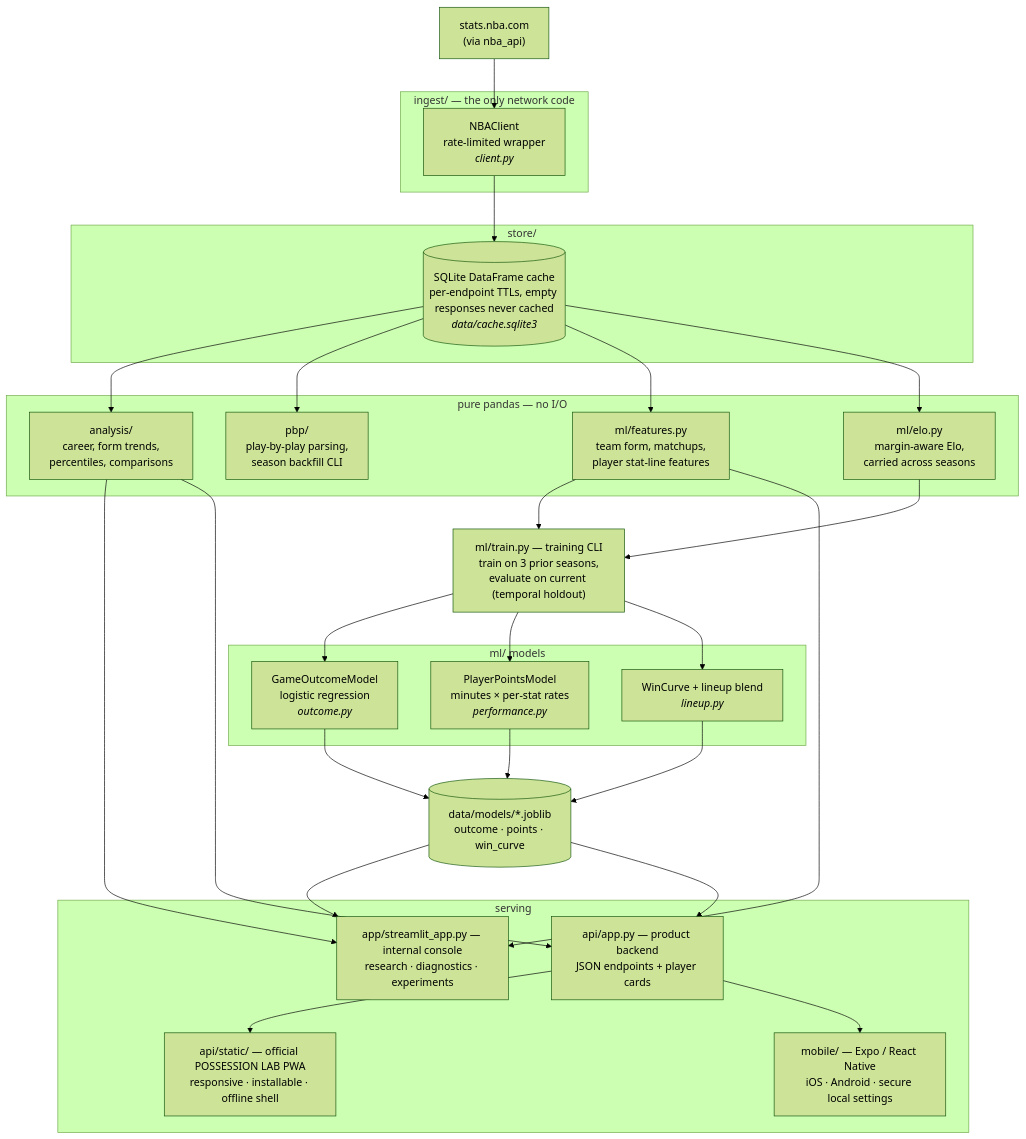
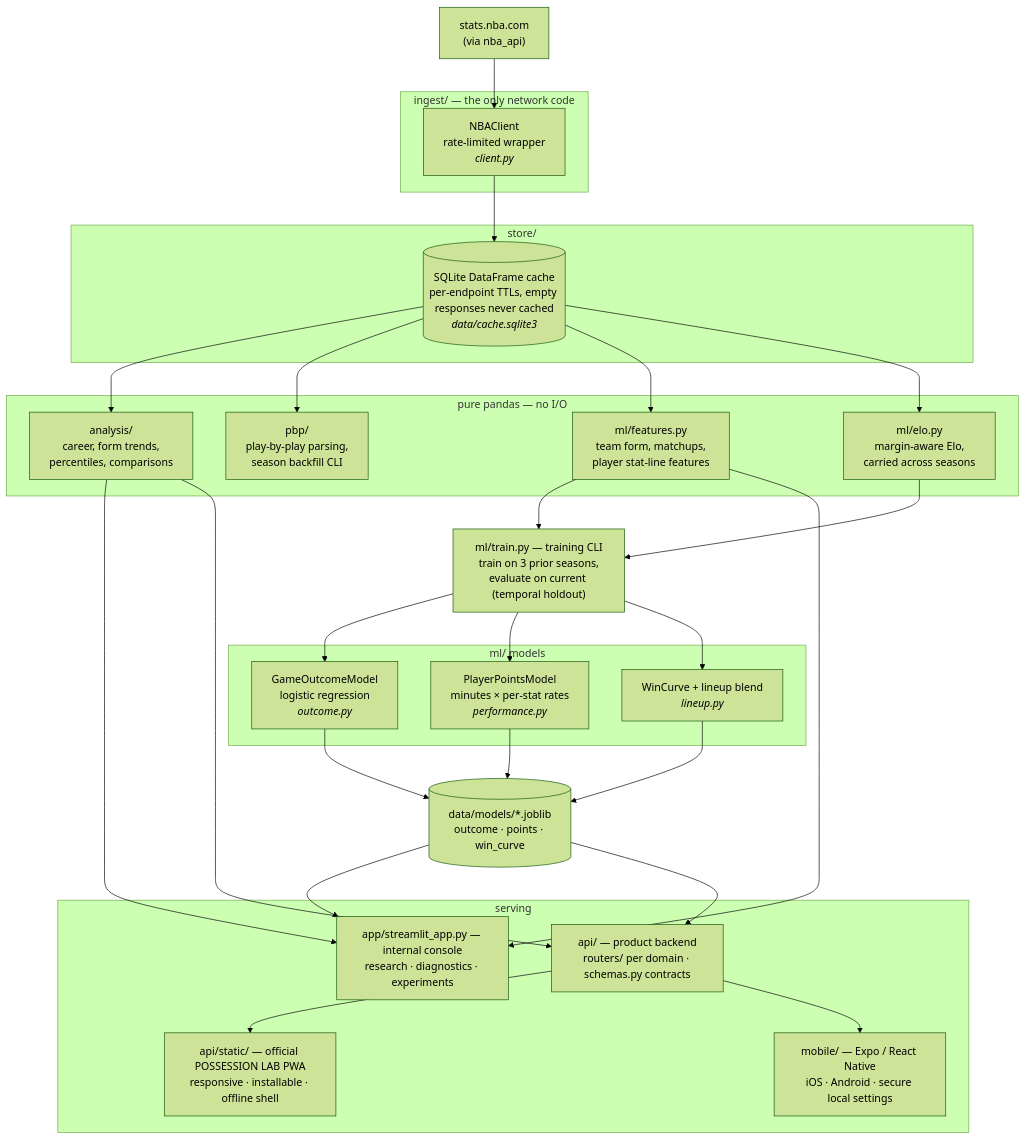
One commit to andrewyimingchen/Sports-Analytics changed the diagram in docs/ARCHITECTURE.md. Above: the diagram before and after it, drawn with Mermaid (forest theme). The commit also changed other lines of this file and 18 other files, not shown here.

First line of the commit message:
Split the FastAPI monolith into typed domain routers (#61)

````diff
--- a/docs/ARCHITECTURE.md
+++ b/docs/ARCHITECTURE.md
@@ -15,52 +15,52 @@
 ```mermaid
 flowchart TB
     NBA["stats.nba.com<br/>(via nba_api)"]
 
     subgraph INGEST["ingest/ — the only network code"]
         CLIENT["NBAClient<br/>rate-limited wrapper<br/><i>client.py</i>"]
     end
 
     subgraph STORE["store/"]
         CACHE[("SQLite DataFrame cache<br/>per-endpoint TTLs, empty responses never cached<br/><i>data/cache.sqlite3</i>")]
     end
 
     subgraph PURE["pure pandas — no I/O"]
         ANALYSIS["analysis/<br/>career, form trends,<br/>percentiles, comparisons"]
         PBP["pbp/<br/>play-by-play parsing,<br/>season backfill CLI"]
         FEATURES["ml/features.py<br/>team form, matchups,<br/>player stat-line features"]
         ELO["ml/elo.py<br/>margin-aware Elo,<br/>carried across seasons"]
     end
 
     subgraph MODELS["ml/ models"]
         OUTCOME["GameOutcomeModel<br/>logistic regression<br/><i>outcome.py</i>"]
         POINTS["PlayerPointsModel<br/>minutes × per-stat rates<br/><i>performance.py</i>"]
         LINEUP["WinCurve + lineup blend<br/><i>lineup.py</i>"]
     end
 
     TRAIN["ml/train.py — training CLI<br/>train on 3 prior seasons,<br/>evaluate on current (temporal holdout)"]
     ARTIFACTS[("data/models/*.joblib<br/>outcome · points · win_curve")]
 
     subgraph SERVE["serving"]
         STREAMLIT["app/streamlit_app.py — internal console<br/>research · diagnostics · experiments"]
-        API["api/app.py — product backend<br/>JSON endpoints + player cards"]
+        API["api/ — product backend<br/>routers/ per domain · schemas.py contracts"]
         PWA["api/static/ — official POSSESSION LAB PWA<br/>responsive · installable · offline shell"]
         MOBILE["mobile/ — Expo / React Native<br/>iOS · Android · secure local settings"]
     end
 
     NBA --> CLIENT --> CACHE
     CACHE --> ANALYSIS
     CACHE --> PBP
     CACHE --> FEATURES
     CACHE --> ELO
     FEATURES --> TRAIN
     ELO --> TRAIN
     TRAIN --> OUTCOME & POINTS & LINEUP
     OUTCOME & POINTS & LINEUP --> ARTIFACTS
     ARTIFACTS --> STREAMLIT
     ARTIFACTS --> API
     ANALYSIS --> STREAMLIT
     ANALYSIS --> API
     FEATURES --> STREAMLIT
     API --> PWA
     API --> MOBILE
 ```
````
